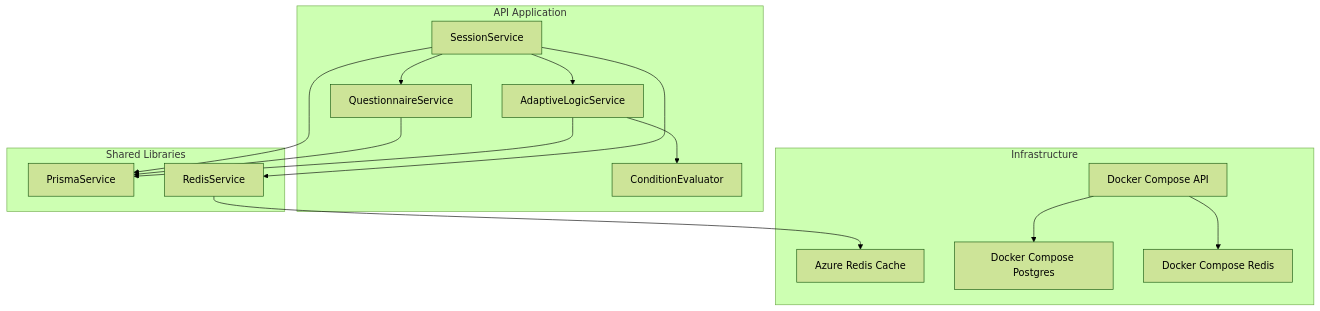
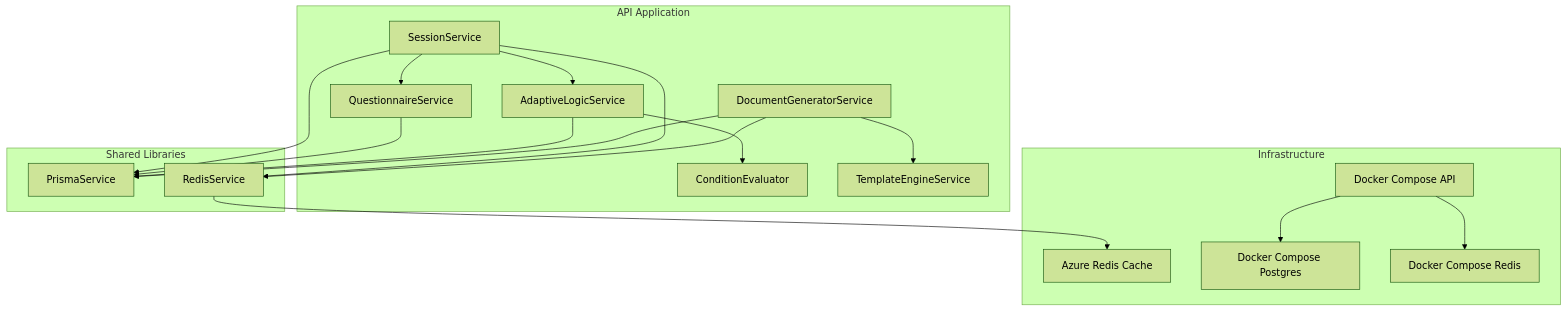
One commit to Avi-Bendetsky/Quiz-to-build changed the first of 6 diagrams in .qoder/repowiki/en/content/Advanced Topics/Performance Optimization.md. Above: the diagram before and after it, drawn with Mermaid (forest theme). The commit also changed other lines of this file and 41 other files, not shown here.

````diff
--- a/.qoder/repowiki/en/content/Advanced Topics/Performance Optimization.md
+++ b/.qoder/repowiki/en/content/Advanced Topics/Performance Optimization.md
@@ -43,29 +53,34 @@
 ```mermaid
 graph TB
 subgraph "API Application"
 Svc_Session["SessionService"]
 Svc_Questionnaire["QuestionnaireService"]
 Svc_Adaptive["AdaptiveLogicService"]
 Evaluator["ConditionEvaluator"]
+Svc_DocGen["DocumentGeneratorService"]
+Svc_Template["TemplateEngineService"]
 end
 subgraph "Shared Libraries"
 Lib_Database["PrismaService"]
 Lib_Redis["RedisService"]
 end
 subgraph "Infrastructure"
 TF_Cache["Azure Redis Cache"]
 DC_API["Docker Compose API"]
 DC_DB["Docker Compose Postgres"]
 DC_Redis["Docker Compose Redis"]
 end
 Svc_Session --> Svc_Questionnaire
 Svc_Session --> Svc_Adaptive
 Svc_Adaptive --> Evaluator
 Svc_Session --> Lib_Database
 Svc_Questionnaire --> Lib_Database
 Svc_Adaptive --> Lib_Database
 Svc_Session --> Lib_Redis
+Svc_DocGen --> Svc_Template
+Svc_DocGen --> Lib_Database
+Svc_DocGen --> Lib_Redis
 Lib_Redis --> TF_Cache
 DC_API --> DC_DB
 DC_API --> DC_Redis
 ```
````
